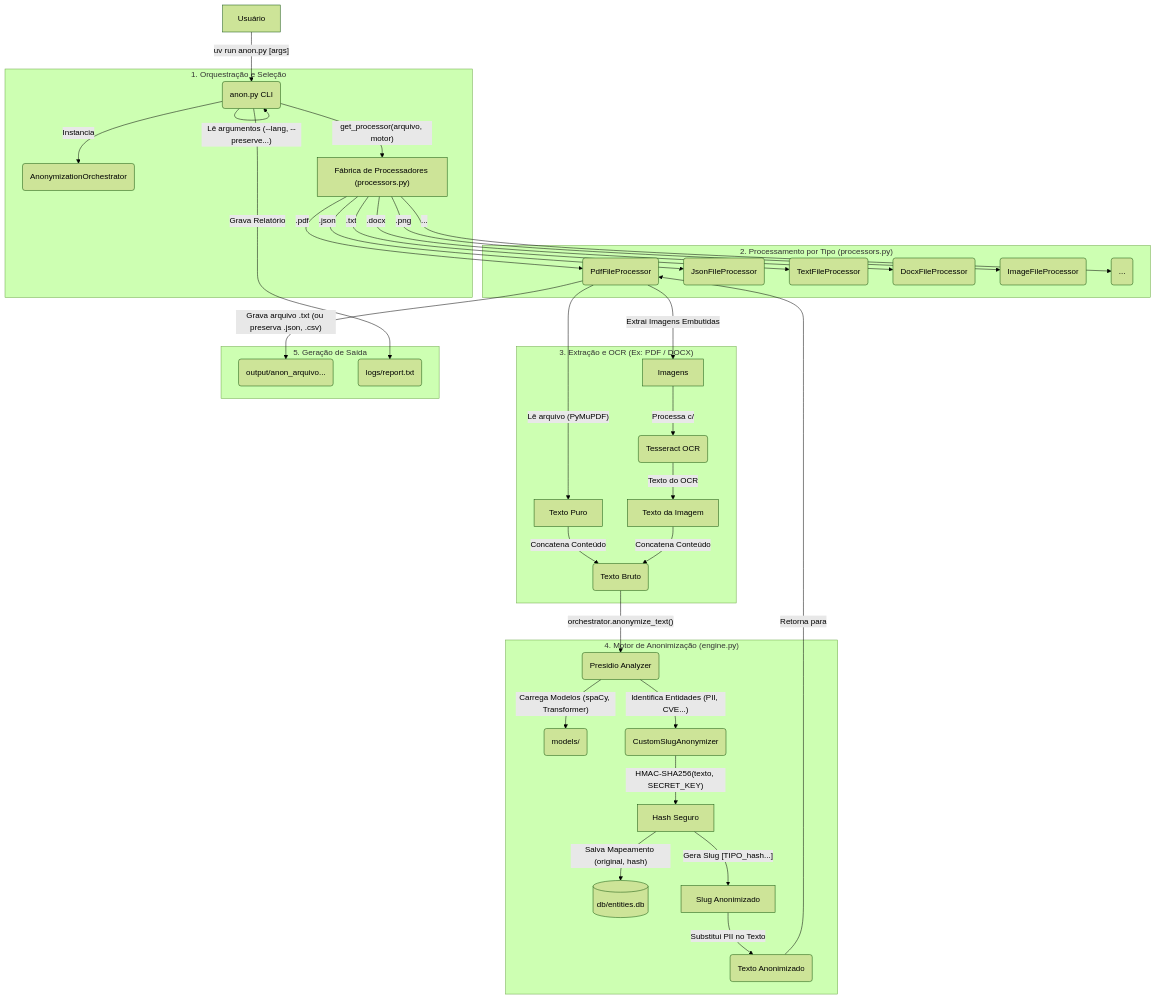
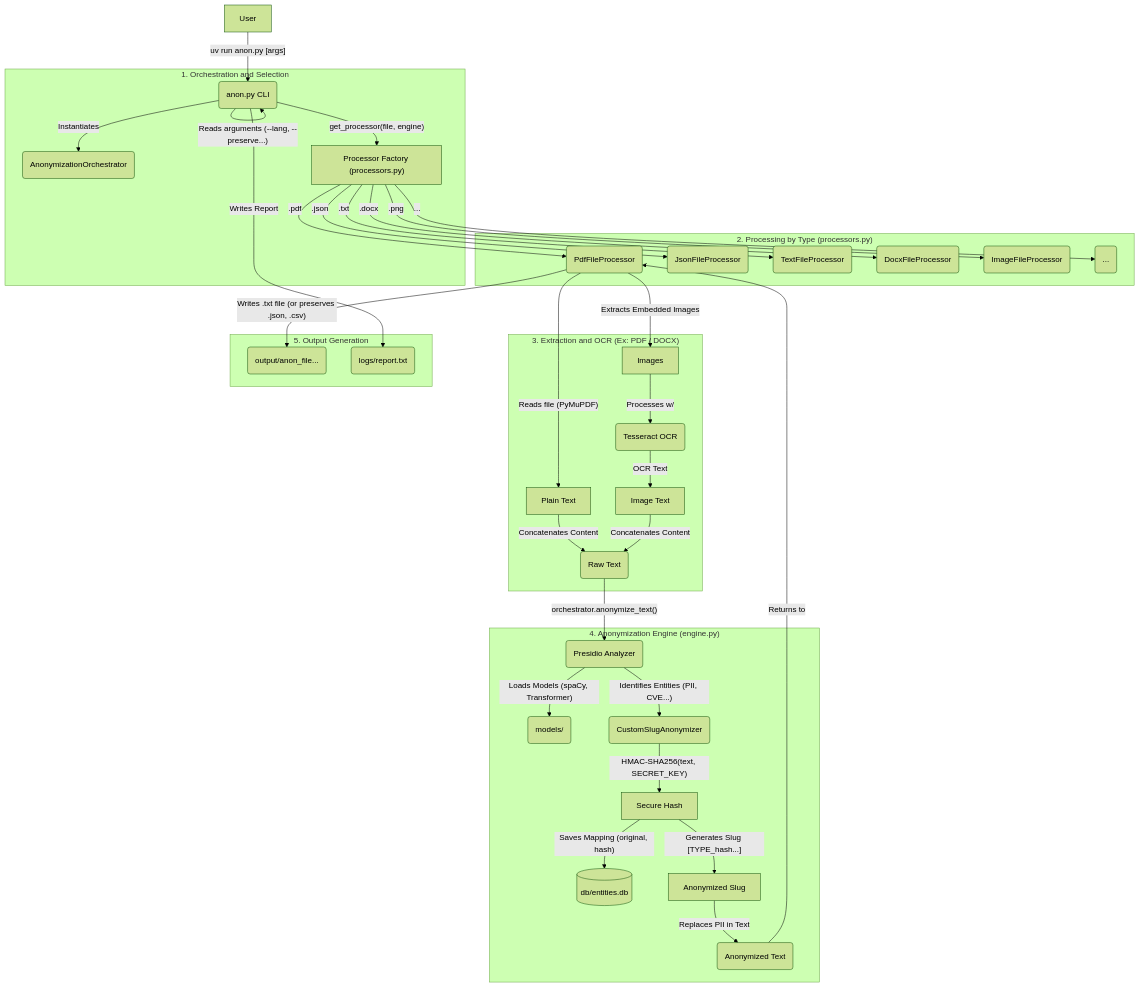
Before and after one commit to AnonShield/anonshield: the diagram in README.md, drawn with Mermaid (forest theme).

Commit message:
fix(docs): Update README for English consistency and clarity in architecture flow

````diff
--- a/README.md
+++ b/README.md
@@ -9,44 +9,44 @@
 ```mermaid
-%% Fluxo da Arquitetura de Anonimização (AnonLFI 2.0)
+%% Anonymization Architecture Flow (AnonLFI 2.0)
 graph TD
-    A[Usuário] -- "uv run anon.py <arquivo> [args]" --> B(anon.py CLI);
+    A[User] -- "uv run anon.py <file> [args]" --> B(anon.py CLI);
 
-    subgraph "1. Orquestração e Seleção"
-        B -- "Lê argumentos (--lang, --preserve...)" --> B;
-        B -- "Instancia" --> Eng(AnonymizationOrchestrator);
-        B -- "get_processor(arquivo, motor)" --> F["Fábrica de Processadores (processors.py)"];
+    subgraph "1. Orchestration and Selection"
+        B -- "Reads arguments (--lang, --preserve...)" --> B;
+        B -- "Instantiates" --> Eng(AnonymizationOrchestrator);
+        B -- "get_processor(file, engine)" --> F["Processor Factory (processors.py)"];
     end
 
-    subgraph "2. Processamento por Tipo (processors.py)"
+    subgraph "2. Processing by Type (processors.py)"
         F -- ".pdf" --> P_PDF(PdfFileProcessor);
         F -- ".json" --> P_JSON(JsonFileProcessor);
         F -- ".txt" --> P_TXT(TextFileProcessor);
         F -- ".docx" --> P_DOCX(DocxFileProcessor);
         F -- ".png" --> P_IMG(ImageFileProcessor);
         F -- "..." --> P_ETC(...);
     end
 
-    subgraph "3. Extração e OCR (Ex: PDF / DOCX)"
-        P_PDF -- "Lê arquivo (PyMuPDF)" --> T1[Texto Puro];
-        P_PDF -- "Extrai Imagens Embutidas" --> IMG[Imagens];
-        IMG -- "Processa c/" --> OCR(Tesseract OCR);
-        OCR -- "Texto do OCR" --> T2[Texto da Imagem];
-        T1 & T2 -- "Concatena Conteúdo" --> TXT_BRUTO(Texto Bruto);
+    subgraph "3. Extraction and OCR (Ex: PDF / DOCX)"
+        P_PDF -- "Reads file (PyMuPDF)" --> T1[Plain Text];
+        P_PDF -- "Extracts Embedded Images" --> IMG[Images];
+        IMG -- "Processes w/" --> OCR(Tesseract OCR);
+        OCR -- "OCR Text" --> T2[Image Text];
+        T1 & T2 -- "Concatenates Content" --> TXT_BRUTO(Raw Text);
     end
 
-    subgraph "4. Motor de Anonimização (engine.py)"
+    subgraph "4. Anonymization Engine (engine.py)"
         TXT_BRUTO -- "orchestrator.anonymize_text()" --> ENG_A(Presidio Analyzer);
-        ENG_A -- "Carrega Modelos (spaCy, Transformer)" --> MOD(models/);
-        ENG_A -- "Identifica Entidades (PII, CVE...)" --> ENG_B(CustomSlugAnonymizer);
-        ENG_B -- "HMAC-SHA256(texto, SECRET_KEY)" --> HASH[Hash Seguro];
-        HASH -- "Salva Mapeamento (original, hash)" --> DB[(db/entities.db)];
-        HASH -- "Gera Slug [TIPO_hash...]" --> SLUG[Slug Anonimizado];
-        SLUG -- "Substitui PII no Texto" --> TXT_ANON(Texto Anonimizado);
+        ENG_A -- "Loads Models (spaCy, Transformer)" --> MOD(models/);
+        ENG_A -- "Identifies Entities (PII, CVE...)" --> ENG_B(CustomSlugAnonymizer);
+        ENG_B -- "HMAC-SHA256(text, SECRET_KEY)" --> HASH[Secure Hash];
+        HASH -- "Saves Mapping (original, hash)" --> DB[(db/entities.db)];
+        HASH -- "Generates Slug [TYPE_hash...]" --> SLUG[Anonymized Slug];
+        SLUG -- "Replaces PII in Text" --> TXT_ANON(Anonymized Text);
     end
 
-    subgraph "5. Geração de Saída"
-        TXT_ANON -- "Retorna para" --> P_PDF;
-        P_PDF -- "Grava arquivo .txt (ou preserva .json, .csv)" --> OUT(output/anon_arquivo...);
-        B -- "Grava Relatório" --> LOG(logs/report.txt);
+    subgraph "5. Output Generation"
+        TXT_ANON -- "Returns to" --> P_PDF;
+        P_PDF -- "Writes .txt file (or preserves .json, .csv)" --> OUT(output/anon_file...);
+        B -- "Writes Report" --> LOG(logs/report.txt);
     end
 ```
````
